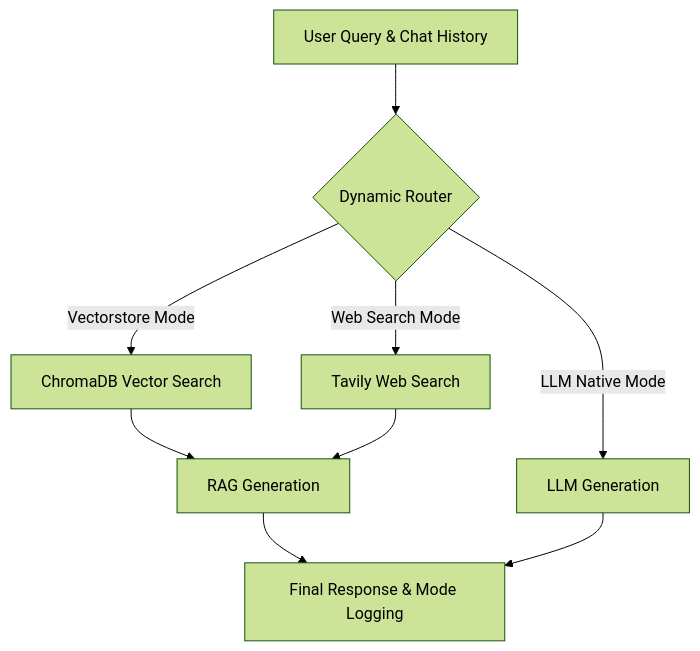
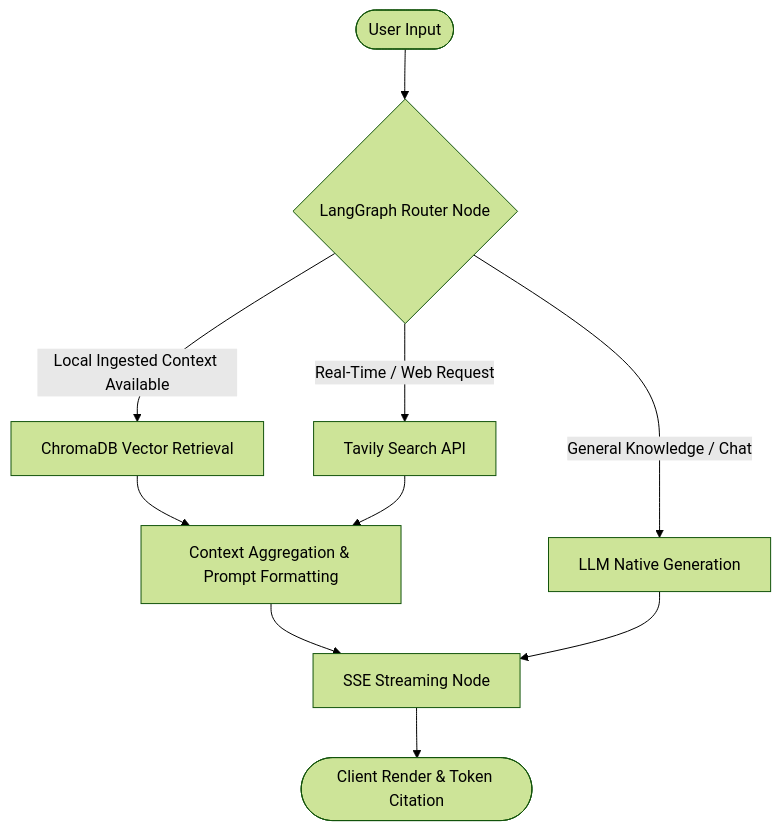
Before and after one commit to faaizhamid07/Knowra-RAG-Chatbot-with-Dynamic-Retrieval: the first of 2 diagrams in README.md, drawn with Mermaid (forest theme). The commit also changed other lines of this file and 66 other files, not shown here.

Commit message:
feat: finalize Knowra RAG chatbot with React and FastAPI

````diff
--- a/README.md
+++ b/README.md
@@ -29,13 +66,16 @@
 ```mermaid
-graph TD
-    UserQuery[User Query & Chat History] --> RouterNode{Dynamic Router}
-    RouterNode -- Vectorstore Mode --> RetrievalNode[ChromaDB Vector Search]
-    RouterNode -- Web Search Mode --> WebNode[Tavily Web Search]
-    RouterNode -- LLM Native Mode --> LLMNode[LLM Generation]
+flowchart TD
+    Start([User Input]) --> Router{LangGraph Router Node}
     
-    RetrievalNode --> RAGGenerationNode[RAG Generation]
-    WebNode --> RAGGenerationNode
+    Router -->|General Knowledge / Chat| LLM[LLM Native Generation]
+    Router -->|Local Ingested Context Available| Vector[ChromaDB Vector Retrieval]
+    Router -->|Real-Time / Web Request| Web[Tavily Search API]
     
-    RAGGenerationNode --> FinalResponse[Final Response & Mode Logging]
-    LLMNode --> FinalResponse
+    Vector --> ContextAggregator[Context Aggregation & Prompt Formatting]
+    Web --> ContextAggregator
+    
+    ContextAggregator --> StreamOutput[SSE Streaming Node]
+    LLM --> StreamOutput
+    
+    StreamOutput --> Complete([Client Render & Token Citation])
 ```
````
